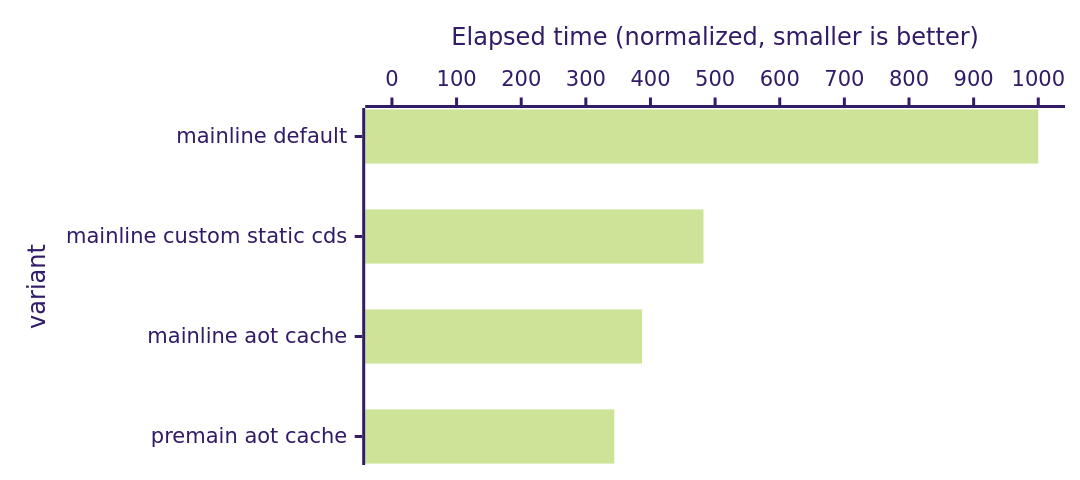
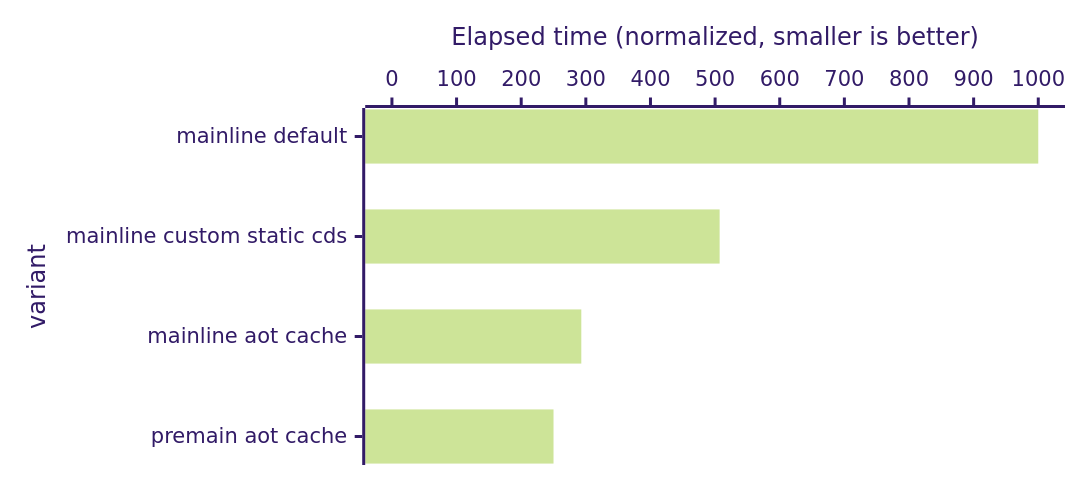
The third of 12 diagrams in benchmarks/README.md (openjdk/leyden), drawn with Mermaid before and after one commit. The commit also changed other lines of this file and 4 other files, not shown here.

````diff
--- a/benchmarks/README.md
+++ b/benchmarks/README.md
@@ -156,13 +156,13 @@
 ```mermaid
 ---
 config:
     theme: "forest"
     xyChart:
         chartOrientation: horizontal
         height: 300
 ---
 xychart-beta
     x-axis "variant" ["mainline default", "mainline custom static cds", "mainline aot cache", "premain aot cache"]
     y-axis "Elapsed time (normalized, smaller is better)" 0 --> 1000
-    bar [1000, 482, 387, 344]
+    bar [1000, 507, 293, 250]
 ```
````
